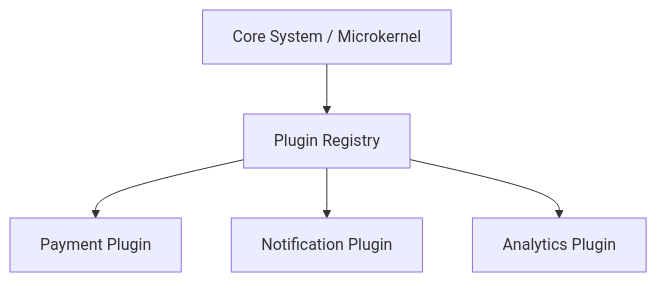
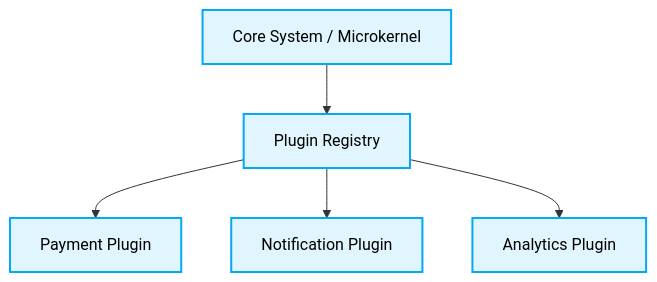
One commit to beginwebdev2002/best-practise changed diagram 16 of 16 in architectures/readme.md. Above: the diagram before and after it, drawn with Mermaid. The commit also changed other lines of this file and 72 other files, not shown here.

````diff
--- a/architectures/readme.md
+++ b/architectures/readme.md
@@ -703,7 +703,11 @@
 ```mermaid
 graph TD
     Core[Core System / Microkernel] --> Registry[Plugin Registry]
     Registry --> PluginA[Payment Plugin]
     Registry --> PluginB[Notification Plugin]
     Registry --> PluginC[Analytics Plugin]
+
+    %% Added Design Token Styles for Mermaid Diagrams
+    classDef default fill:#e1f5fe,stroke:#03a9f4,stroke-width:2px,color:#000;
+    classDef component fill:#e8f5e9,stroke:#4caf50,stroke-width:2px,color:#000;
 ```
````
